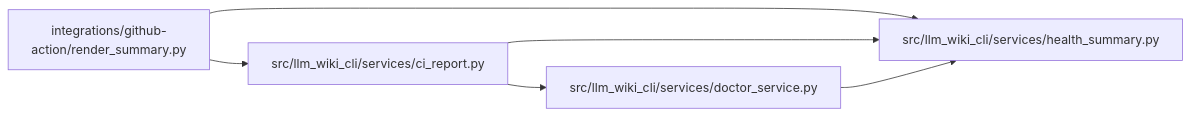
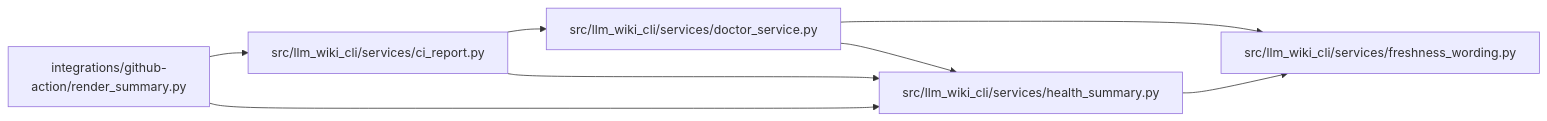
The diagram in docs/llm_wiki/modules/health_summary.md (Denissvgn/python-wiki-llm), drawn with Mermaid before and after one commit. The commit also changed other lines of this file and 1410 other files, not shown here.

````diff
--- a/docs/llm_wiki/modules/health_summary.md
+++ b/docs/llm_wiki/modules/health_summary.md
@@ -20,16 +21,20 @@
 ```mermaid
 flowchart LR
     n0["integrations/github-action/render_summary.py"]
     n1["src/llm_wiki_cli/services/ci_report.py"]
     n2["src/llm_wiki_cli/services/doctor_service.py"]
-    n3["src/llm_wiki_cli/services/health_summary.py"]
+    n3["src/llm_wiki_cli/services/freshness_wording.py"]
+    n4["src/llm_wiki_cli/services/health_summary.py"]
     n0 --> n1
-    n0 --> n3
+    n0 --> n4
     n1 --> n2
-    n1 --> n3
+    n1 --> n4
     n2 --> n3
+    n2 --> n4
+    n4 --> n3
     click n0 "../modules/render_summary.md"
     click n1 "../modules/ci_report.md"
     click n2 "../modules/doctor_service.md"
-    click n3 "../modules/health_summary.md"
+    click n3 "../modules/freshness_wording.md"
+    click n4 "../modules/health_summary.md"
 ```
````
